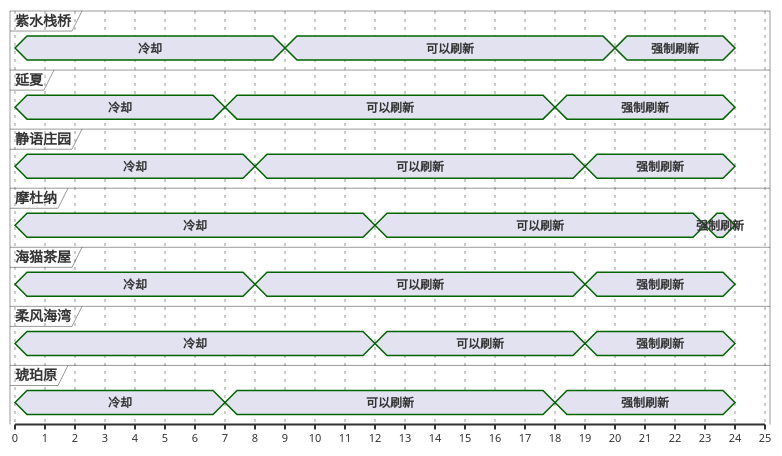
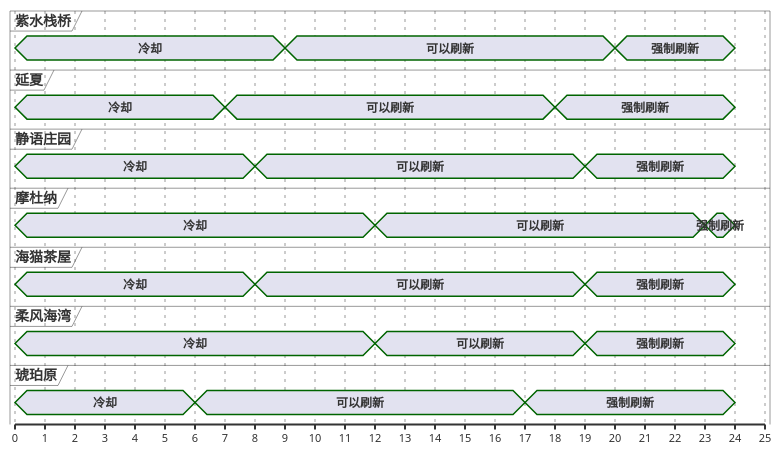
Before and after one commit to Eroleice/doc-pi: the third of 13 diagrams in ffxiv/hunt/2.0/Thousand-cast-Theda.md, drawn with PlantUML. The commit also changed other lines of this file and 38 other files, not shown here.

````diff
--- a/ffxiv/hunt/2.0/Thousand-cast-Theda.md
+++ b/ffxiv/hunt/2.0/Thousand-cast-Theda.md
@@ -165,56 +165,56 @@
 ```plantuml
 @startuml
 scale 1 as 30 pixels
 
 concise 紫水栈桥
 concise 延夏
 concise 静语庄园
 concise 摩杜纳
 concise 海猫茶屋
 concise 柔风海湾
 concise 琥珀原
 
 @琥珀原
 0 is 冷却
-7 is 可以刷新
-18 is 强制刷新
+6 is 可以刷新
+17 is 强制刷新
 24 is {hidden}
 
 @延夏
 0 is 冷却
 7 is 可以刷新
 18 is 强制刷新
 24 is {hidden}
 
 @海猫茶屋
 0 is 冷却
 8 is 可以刷新
 19 is 强制刷新
 24 is {hidden}
 
 @静语庄园
 0 is 冷却
 8 is 可以刷新
 19 is 强制刷新
 24 is {hidden}
 
 @柔风海湾
 0 is 冷却
 12 is 可以刷新
 19 is 强制刷新
 24 is {hidden}
 
 @紫水栈桥
 0 is 冷却
 9 is 可以刷新
 20 is 强制刷新
 24 is {hidden}
 
 @摩杜纳
 0 is 冷却
 12 is 可以刷新
 23 is 强制刷新
 24 is {hidden}
 
 @enduml
 ```
````
